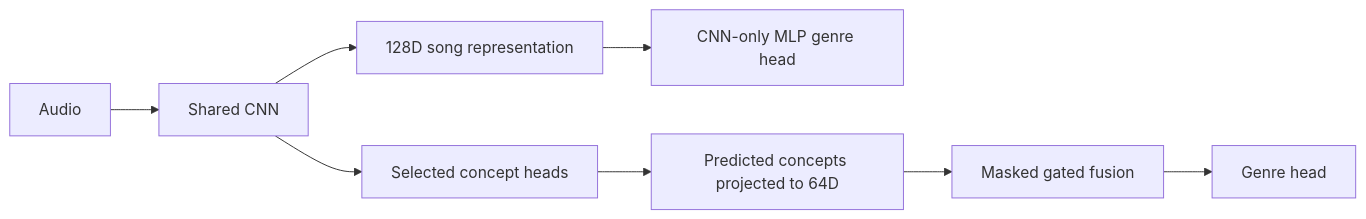
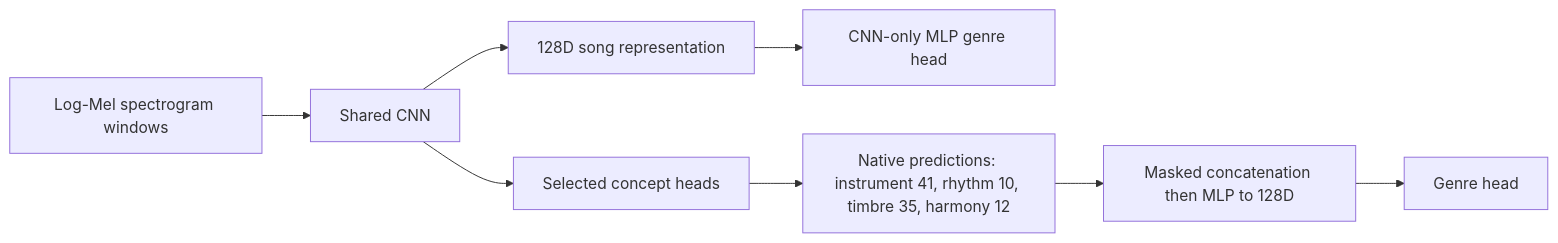
The diagram in docs/modular-experiments.md (tharu-jwd/music-genre-classification), drawn with Mermaid before and after one commit. The commit also changed other lines of this file and 5 other files, not shown here.

Commit message:
fusion layer fixed, added native concept fusion implementation.

````diff
--- a/docs/modular-experiments.md
+++ b/docs/modular-experiments.md
@@ -29,10 +29,10 @@
 ```mermaid
 flowchart LR
-    A[Audio] --> E[Shared CNN]
+    A[Log-Mel spectrogram windows] --> E[Shared CNN]
     E --> P[128D song representation]
     P --> C[CNN-only MLP genre head]
     E --> B[Selected concept heads]
-    B --> T[Predicted concepts projected to 64D]
-    T --> F[Masked gated fusion]
+    B --> T[Native predictions: instrument 41, rhythm 10, timbre 35, harmony 12]
+    T --> F[Masked concatenation then MLP to 128D]
     F --> G[Genre head]
 ```
````
